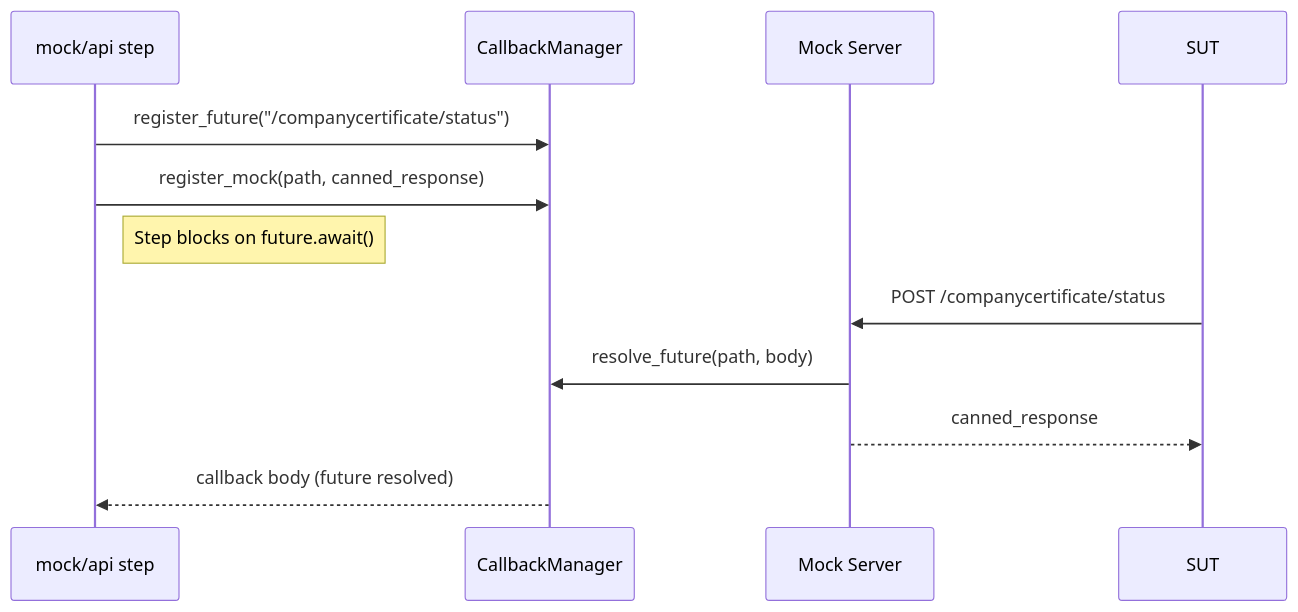
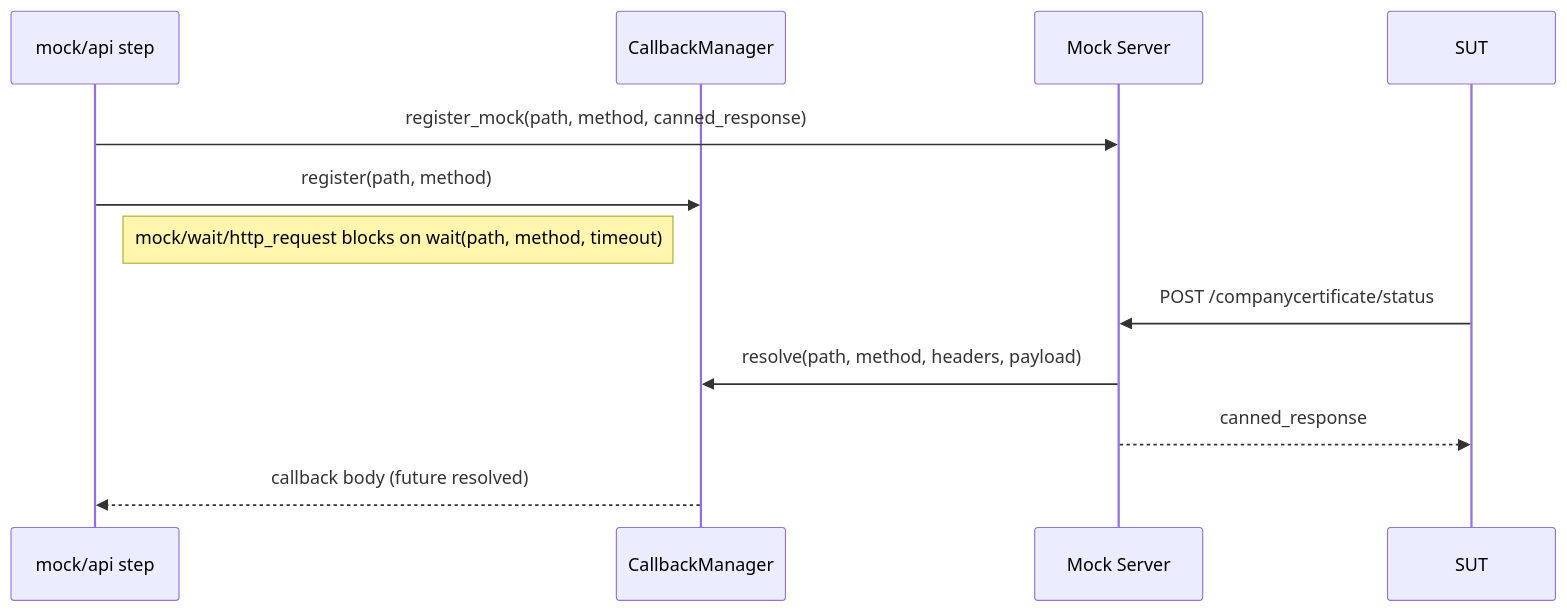
The third of 4 diagrams in docs/tutorials/ccm-architecture-guide.md (eclipse-tractusx/tractusx-testlab), drawn with Mermaid before and after one commit. The commit also changed other lines of this file and 155 other files, not shown here.

````diff
--- a/docs/tutorials/ccm-architecture-guide.md
+++ b/docs/tutorials/ccm-architecture-guide.md
@@ -139,15 +120,15 @@
 ```mermaid
 sequenceDiagram
     participant Step as mock/api step
     participant CM as CallbackManager
     participant Mock as Mock Server
     participant SUT as SUT
 
-    Step->>CM: register_future("/companycertificate/status")
-    Step->>CM: register_mock(path, canned_response)
-    Note right of Step: Step blocks on future.await()
+    Step->>Mock: register_mock(path, method, canned_response)
+    Step->>CM: register(path, method)
+    Note right of Step: mock/wait/http_request blocks on wait(path, method, timeout)
     SUT->>Mock: POST /companycertificate/status
-    Mock->>CM: resolve_future(path, body)
+    Mock->>CM: resolve(path, method, headers, payload)
     Mock-->>SUT: canned_response
     CM-->>Step: callback body (future resolved)
 ```
````
